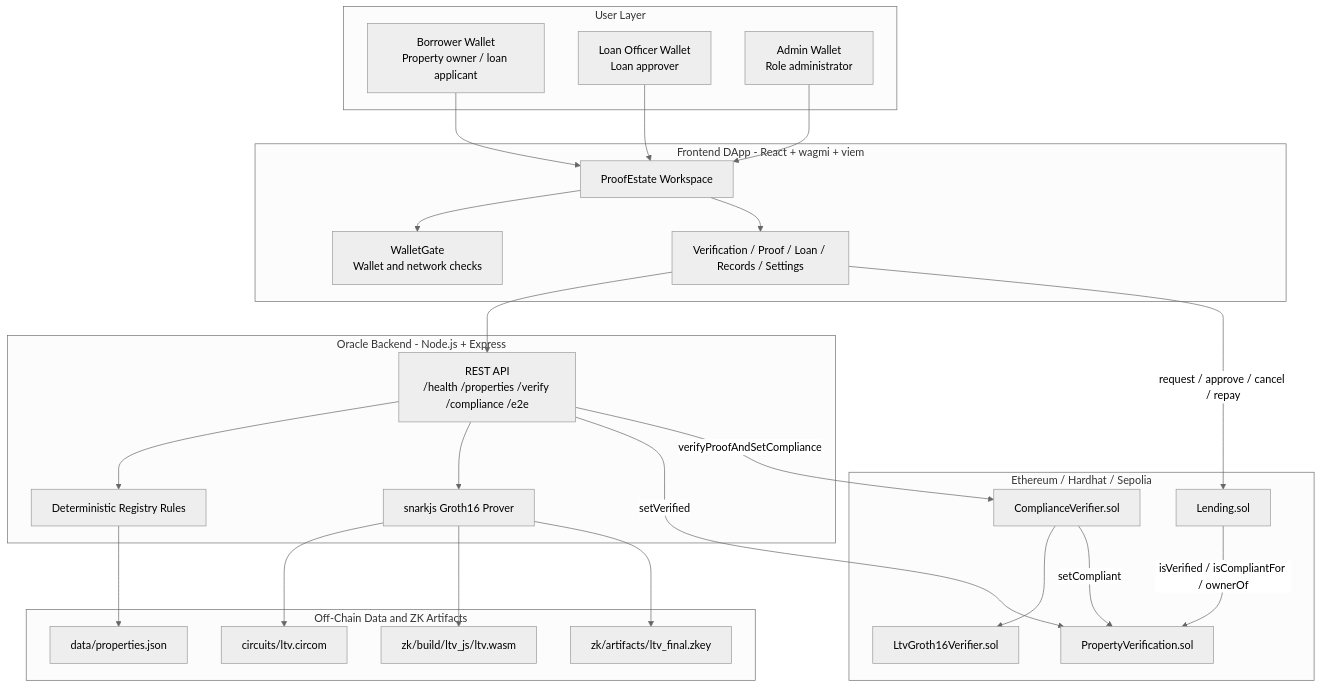
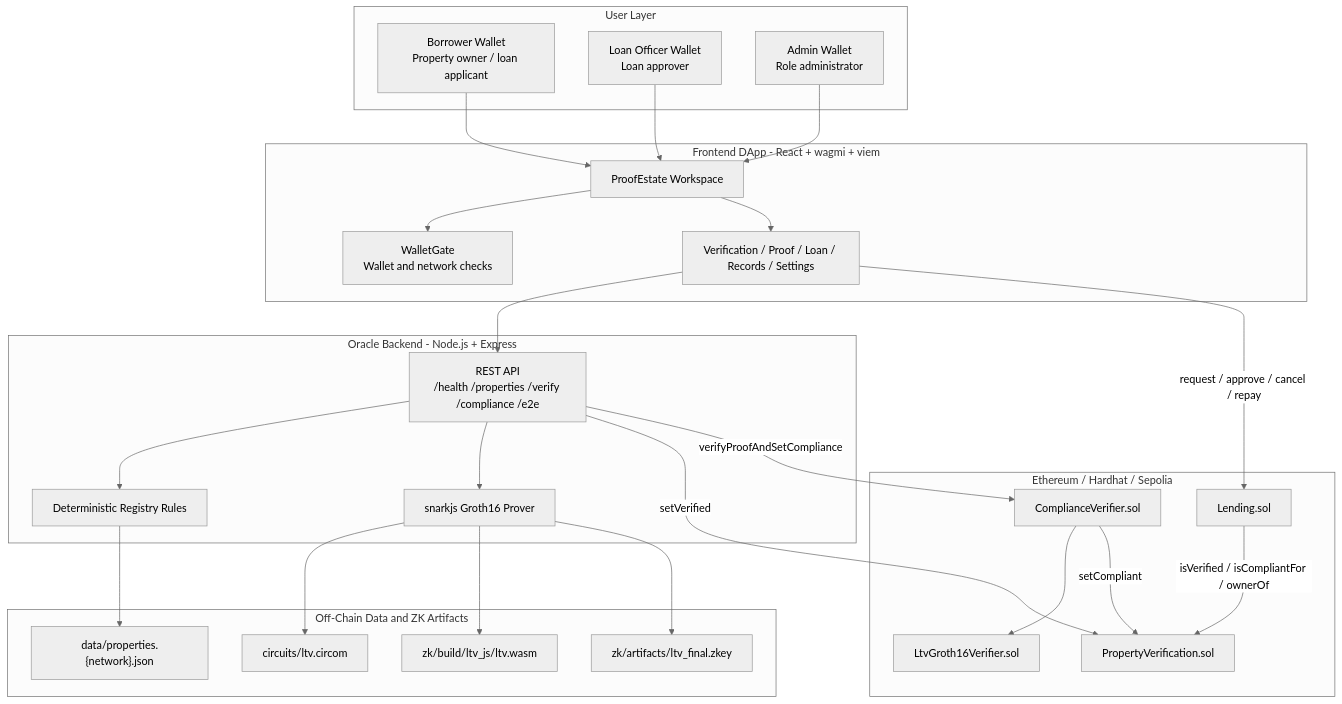
Before and after one commit to Alan42x/proofestate: the first of 10 diagrams in README.md, drawn with Mermaid (neutral theme). The commit also changed other lines of this file and 15 other files, not shown here.

````diff
--- a/README.md
+++ b/README.md
@@ -139,53 +139,53 @@
 ```mermaid
 flowchart TB
   subgraph UserLayer["User Layer"]
     Borrower["Borrower Wallet\nProperty owner / loan applicant"]
     Officer["Loan Officer Wallet\nLoan approver"]
     Admin["Admin Wallet\nRole administrator"]
   end
 
   subgraph Frontend["Frontend DApp - React + wagmi + viem"]
     UI["ProofEstate Workspace"]
     WalletGate["WalletGate\nWallet and network checks"]
     Views["Verification / Proof / Loan / Records / Settings"]
   end
 
   subgraph Backend["Oracle Backend - Node.js + Express"]
     API["REST API\n/health /properties /verify /compliance /e2e"]
     Rules["Deterministic Registry Rules"]
     Prover["snarkjs Groth16 Prover"]
   end
 
   subgraph Data["Off-Chain Data and ZK Artifacts"]
-    Dataset["data/properties.json"]
+    Dataset["data/properties.{network}.json"]
     Circuit["circuits/ltv.circom"]
     Wasm["zk/build/ltv_js/ltv.wasm"]
     ZKey["zk/artifacts/ltv_final.zkey"]
   end
 
   subgraph Chain["Ethereum / Hardhat / Sepolia"]
     PV["PropertyVerification.sol"]
     CV["ComplianceVerifier.sol"]
     GV["LtvGroth16Verifier.sol"]
     Lending["Lending.sol"]
   end
 
   Borrower --> UI
   Officer --> UI
   Admin --> UI
   UI --> WalletGate
   UI --> Views
   Views --> API
   API --> Rules
   Rules --> Dataset
   API --> Prover
   Prover --> Circuit
   Prover --> Wasm
   Prover --> ZKey
   API -->|setVerified| PV
   API -->|verifyProofAndSetCompliance| CV
   CV --> GV
   CV -->|setCompliant| PV
   Views -->|request / approve / cancel / repay| Lending
   Lending -->|isVerified / isCompliantFor / ownerOf| PV
 ```
````
